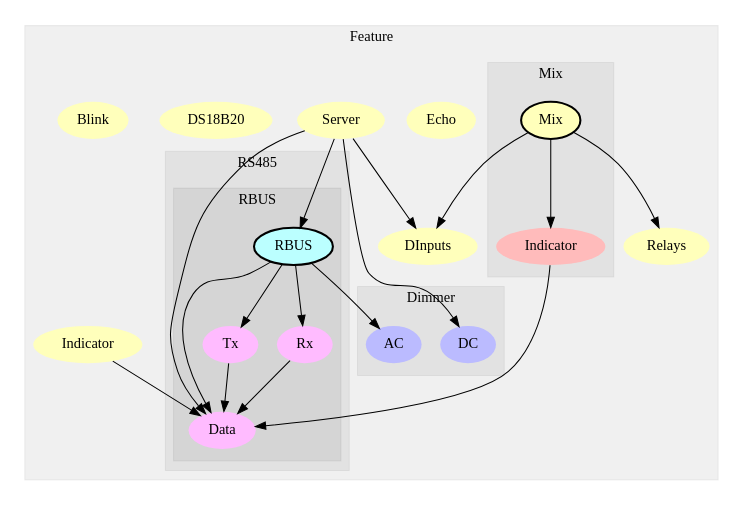
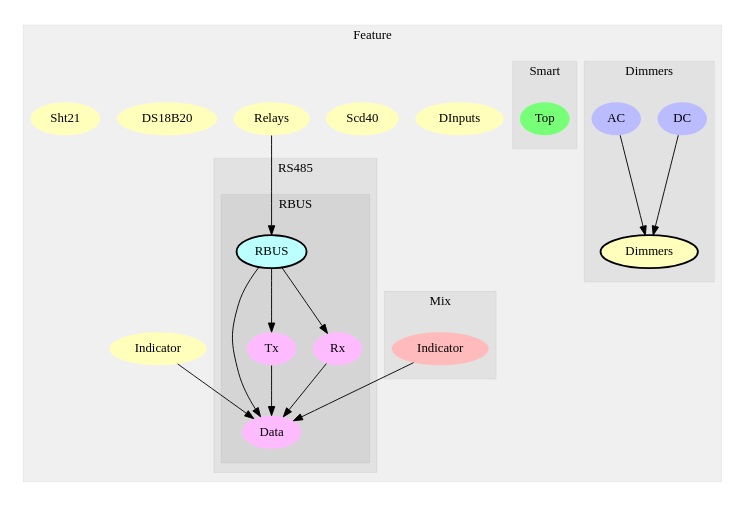
The diagram in graph/src/Feature.dot (gev/reacthome-firmware), drawn with Graphviz before and after one commit. The commit also changed 27 other files, not shown here.

Commit message:
update the modules dependencies graph

```diff
--- a/graph/src/Feature.dot
+++ b/graph/src/Feature.dot
@@ -1,65 +1,66 @@
 digraph G {
 size="6,4";
 ratio="fill";
 subgraph cluster_0 {
 label="Feature";
 color="#0000000F";
 style="filled";
-u0[label="Echo",style="filled",fillcolor="#ffffbb",penwidth="0"];
-u3[label="DInputs",style="filled",fillcolor="#ffffbb",penwidth="0"];
-u4[label="Server",style="filled",fillcolor="#ffffbb",penwidth="0"];
+u4[label="DInputs",style="filled",fillcolor="#ffffbb",penwidth="0"];
+u6[label="Scd40",style="filled",fillcolor="#ffffbb",penwidth="0"];
 u7[label="Relays",style="filled",fillcolor="#ffffbb",penwidth="0"];
 u8[label="DS18B20",style="filled",fillcolor="#ffffbb",penwidth="0"];
-u9[label="Blink",style="filled",fillcolor="#ffffbb",penwidth="0"];
-u10[label="Indicator",style="filled",fillcolor="#ffffbb",penwidth="0"];
+u9[label="Indicator",style="filled",fillcolor="#ffffbb",penwidth="0"];
+u10[label="Sht21",style="filled",fillcolor="#ffffbb",penwidth="0"];
 subgraph cluster_1 {
-label="Dimmer";
+label="Dimmers";
 color="#0000000F";
 style="filled";
-u5[label="DC",style="filled",fillcolor="#bbbbff",penwidth="0"];
-u6[label="AC",style="filled",fillcolor="#bbbbff",penwidth="0"];
+u5[label="Dimmers",style="filled,bold",fillcolor="#ffffbb"];
+u0[label="DC",style="filled",fillcolor="#bbbbff",penwidth="0"];
+u1[label="AC",style="filled",fillcolor="#bbbbff",penwidth="0"];
 
 }
 subgraph cluster_2 {
 label="Mix";
 color="#0000000F";
 style="filled";
-u1[label="Mix",style="filled,bold",fillcolor="#ffffbb"];
-u2[label="Indicator",style="filled",fillcolor="#ffbbbb",penwidth="0"];
+u3[label="Indicator",style="filled",fillcolor="#ffbbbb",penwidth="0"];
 
 }
 subgraph cluster_3 {
 label="RS485";
 color="#0000000F";
 style="filled";
 subgraph cluster_4 {
 label="RBUS";
 color="#0000000F";
 style="filled";
 u14[label="RBUS",style="filled,bold",fillcolor="#bbffff"];
 u11[label="Data",style="filled",fillcolor="#ffbbff",penwidth="0"];
 u12[label="Tx",style="filled",fillcolor="#ffbbff",penwidth="0"];
 u13[label="Rx",style="filled",fillcolor="#ffbbff",penwidth="0"];
 
 }
 
 }
+subgraph cluster_5 {
+label="Smart";
+color="#0000000F";
+style="filled";
+u2[label="Top",style="filled",fillcolor="#77ff77",penwidth="0"];
 
 }
-u1 -> u2;
-u1 -> u3;
-u1 -> u7;
-u2 -> u11;
-u4 -> u3;
-u4 -> u5;
-u4 -> u11;
-u4 -> u14;
-u10 -> u11;
+
+}
+u0 -> u5;
+u1 -> u5;
+u3 -> u11;
+u7 -> u14;
+u9 -> u11;
 u12 -> u11;
 u13 -> u11;
-u14 -> u6;
 u14 -> u11;
 u14 -> u12;
 u14 -> u13;
 
 }
```
